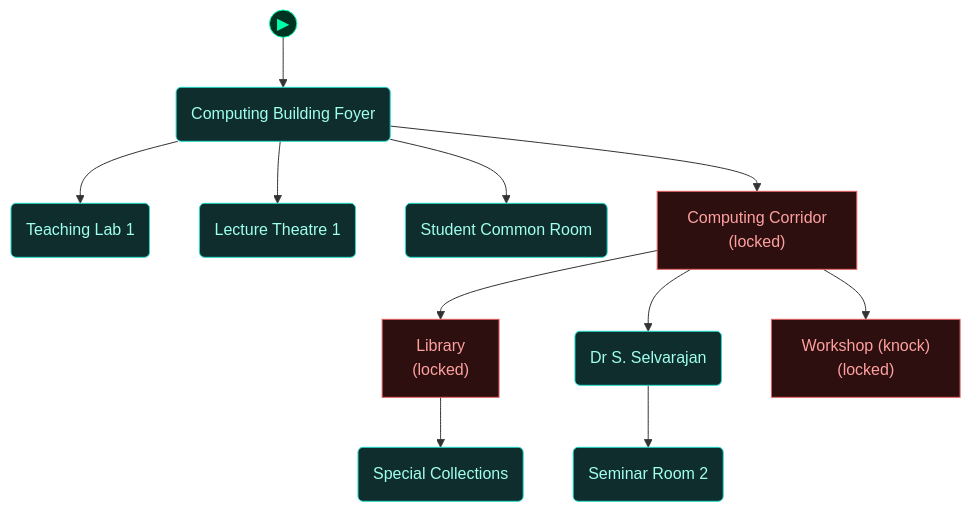
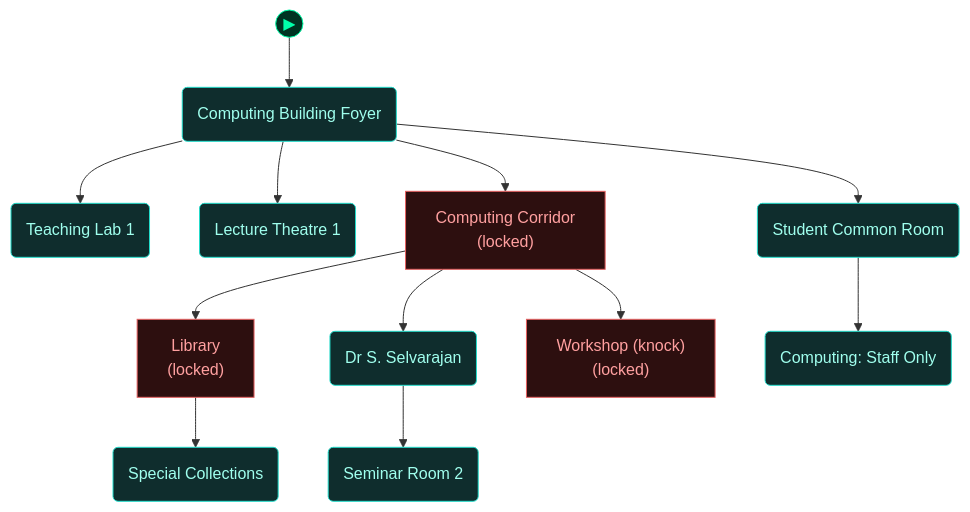
One commit to cliffe/BreakEscape changed the fourth of 5 diagrams in scenarios/lab_tesseract_trials/dungeon_graph.md. Above: the diagram before and after it, drawn with Mermaid. The commit also changed other lines of this file and 10 other files, not shown here.

Commit message:
Keyholder Trials: staff office off the common room (optional), with staff slots for later

````diff
--- a/scenarios/lab_tesseract_trials/dungeon_graph.md
+++ b/scenarios/lab_tesseract_trials/dungeon_graph.md
@@ -364,46 +368,48 @@
 ```mermaid
 flowchart TD
 
   classDef room      fill:#0f2d2d,stroke:#22ddcc,color:#a0ffee
   classDef lock      fill:#2d0f0f,stroke:#e66060,color:#ffa0a0
   classDef key       fill:#2d0812,stroke:#e66060,color:#ffa0a0
   classDef item      fill:#2d1200,stroke:#e89030,color:#ffcc80
   classDef gate      fill:#111,stroke:#666,color:#eee
   classDef vm        fill:#0c1f40,stroke:#4a90d9,color:#a0c8ff
   classDef flag      fill:#1a0c2d,stroke:#9060d0,color:#cc99ff
   classDef action    fill:#1a1200,stroke:#cc9922,color:#ffee88
   classDef aim       fill:#0d2a0d,stroke:#44cc44,color:#88ff88
   classDef aim_gate  fill:#111111,stroke:#44cc44,color:#44cc44
   classDef container fill:#1a2d1a,stroke:#60b060,color:#a0e0a0
   classDef npc       fill:#2d1f0d,stroke:#d0a050,color:#ffe0a0
   classDef critical  fill:#2a1500,stroke:#ffaa00,color:#ffdd88
   classDef start     fill:#003322,stroke:#00ffaa,color:#00ffaa
 
   node_start(("▶"))
   node_start --> foyer
 
   foyer("Computing Building Foyer")
   teaching_lab("Teaching Lab 1")
   lecture_theatre("Lecture Theatre 1")
   common_room("Student Common Room")
   corridor["Computing Corridor<br/>(locked)"]
   library["Library<br/>(locked)"]
   special_collections("Special Collections")
   sidhu_office("Dr S. Selvarajan")
   seminar_room("Seminar Room 2")
   workshop["Workshop (knock)<br/>(locked)"]
+  staff_office("Computing: Staff Only")
 
   foyer --> corridor
   foyer --> teaching_lab
   foyer --> common_room
   foyer --> lecture_theatre
+  common_room --> staff_office
   corridor --> workshop
   corridor --> library
   corridor --> sidhu_office
   library --> special_collections
   sidhu_office --> seminar_room
 
-  class foyer,teaching_lab,lecture_theatre,common_room,special_collections,sidhu_office,seminar_room room
+  class foyer,teaching_lab,lecture_theatre,common_room,special_collections,sidhu_office,seminar_room,staff_office room
   class corridor,library,workshop lock
   class node_start start
 ```
````
